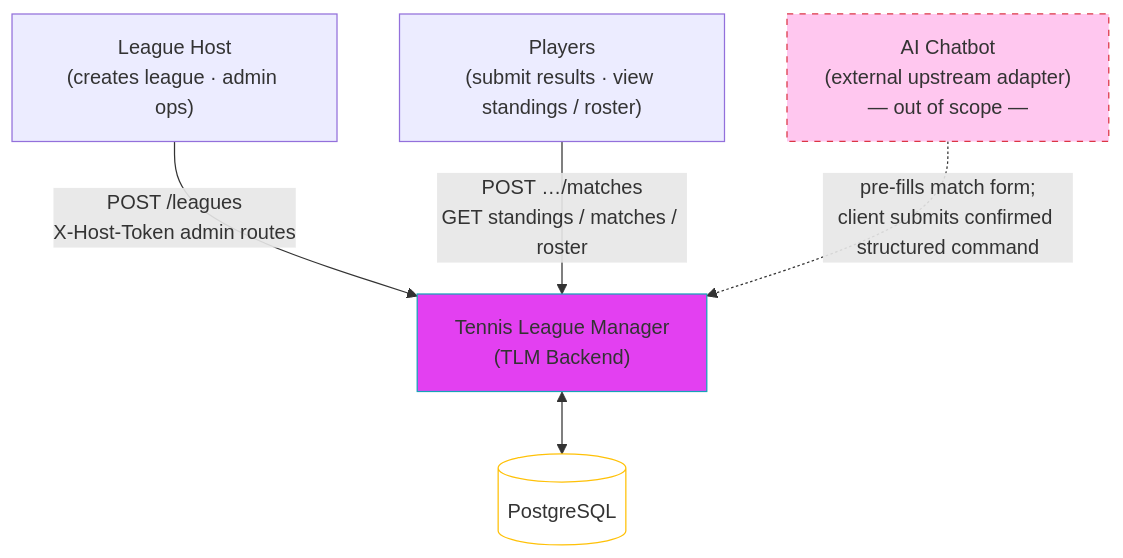
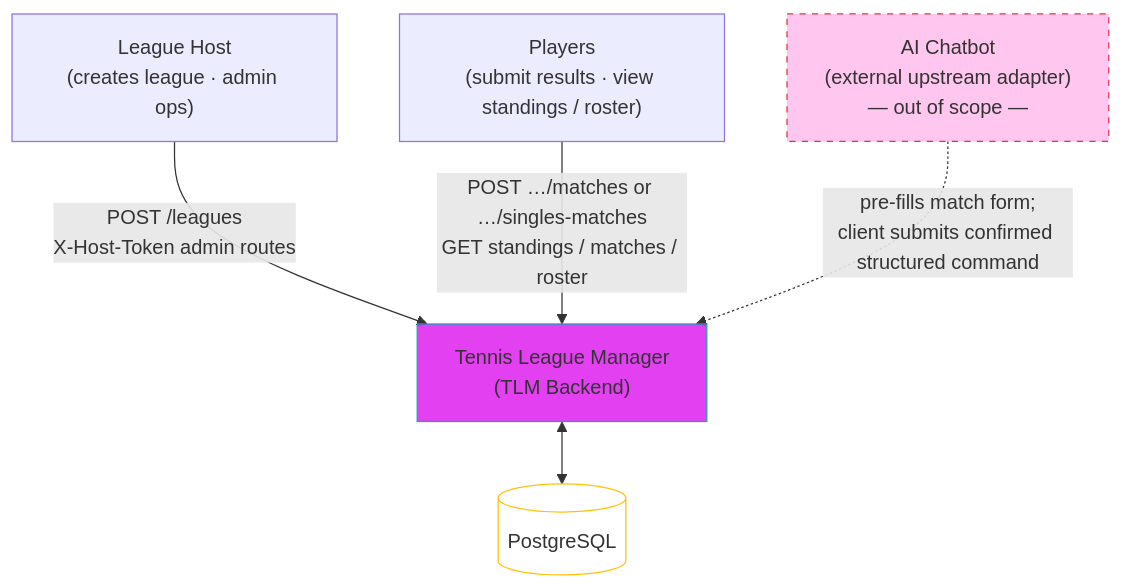
Before and after one commit to swjeong0825/TLMB_backend_main: the diagram in Design_Doc/TLMB_Design_doc/00_system_scope.md, drawn with Mermaid. The commit also changed other lines of this file and 45 other files, not shown here.

````diff
--- a/Design_Doc/TLMB_Design_doc/00_system_scope.md
+++ b/Design_Doc/TLMB_Design_doc/00_system_scope.md
@@ -11,17 +11,17 @@
 ```mermaid
 flowchart TD
     HOST["League Host\n(creates league · admin ops)"]
     PLAYER["Players\n(submit results · view standings / roster)"]
     CHATBOT["AI Chatbot\n(external upstream adapter)\n— out of scope —"]
     TLM["Tennis League Manager\n(TLM Backend)"]
     DB[("PostgreSQL")]
 
     HOST -->|"POST /leagues\nX-Host-Token admin routes"| TLM
-    PLAYER -->|"POST …/matches\nGET standings / matches / roster"| TLM
+    PLAYER -->|"POST …/matches or …/singles-matches\nGET standings / matches / roster"| TLM
     CHATBOT -. "pre-fills match form;\nclient submits confirmed structured command" .-> TLM
     TLM <--> DB
 
     style TLM fill:#d1ec,stroke:#17a2b8
     style CHATBOT fill:#f8d7,stroke:#dc3545,stroke-dasharray: 5 5
     style DB fill:#fff3,stroke:#ffc107
 ```
````
